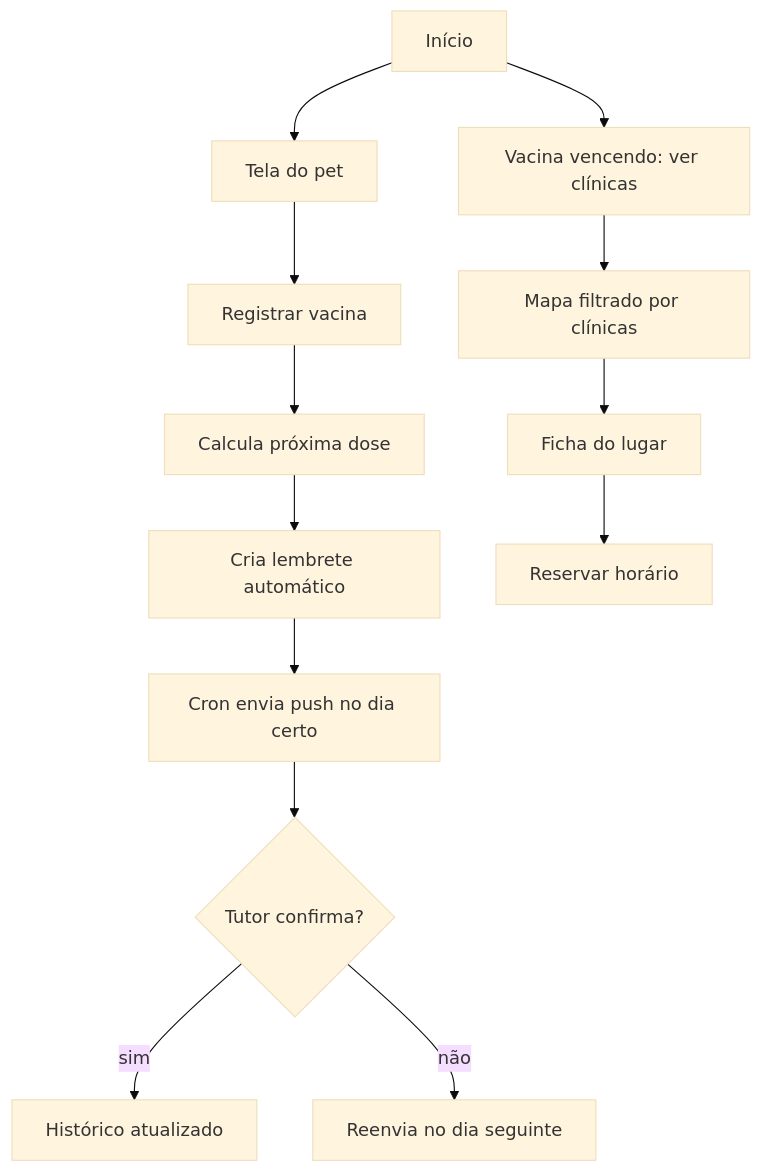
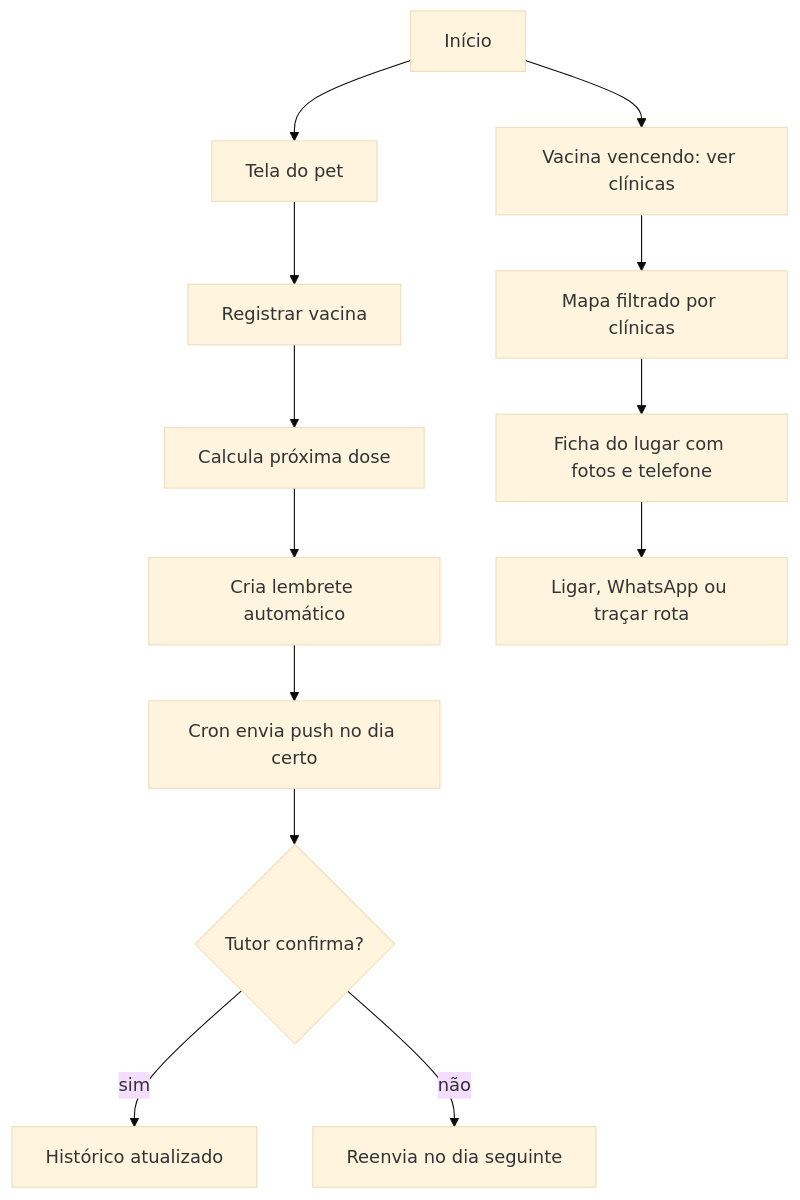
The second of 19 diagrams in BUSINESS.md (CodaxiKing/PetLive), drawn with Mermaid (base theme) before and after one commit. The commit also changed other lines of this file and 7 other files, not shown here.

Commit message:
Escopo por fases: Fase 1 (pet e lugares via Google), Fase 2 (Premium e admin), Fase 3 (marketplace, futuro); canvas em faixas por fase; Mapa e Lugar com dados do Google

````diff
--- a/BUSINESS.md
+++ b/BUSINESS.md
@@ -671,15 +720,15 @@
 ```mermaid
 flowchart TD
   I[Início] --> P[Tela do pet]
   P --> V[Registrar vacina]
   V --> N[Calcula próxima dose]
   N --> L[Cria lembrete automático]
   L --> T[Cron envia push no dia certo]
   T --> W{Tutor confirma?}
   W -- sim --> H[Histórico atualizado]
   W -- não --> R[Reenvia no dia seguinte]
   I --> M[Vacina vencendo: ver clínicas]
   M --> Mapa[Mapa filtrado por clínicas]
-  Mapa --> Lugar[Ficha do lugar]
-  Lugar --> S[Reservar horário]
+  Mapa --> Lugar[Ficha do lugar com fotos e telefone]
+  Lugar --> S[Ligar, WhatsApp ou traçar rota]
 ```
````
